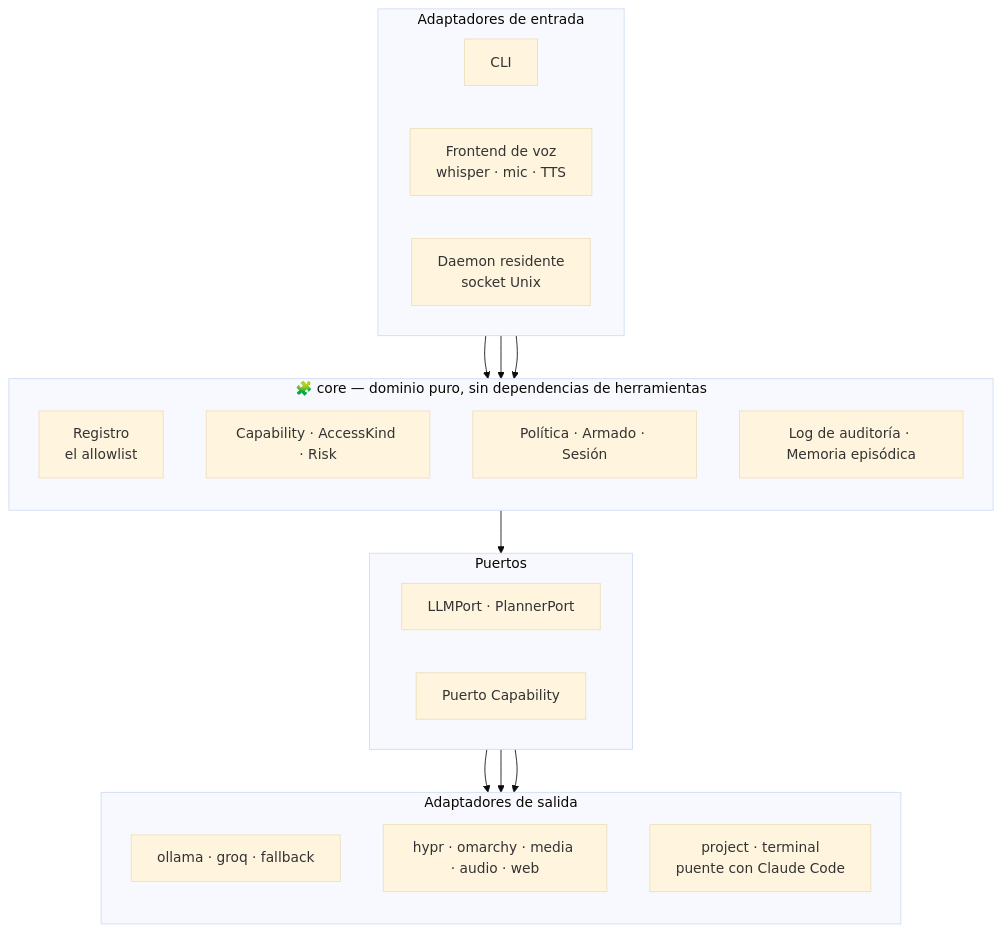
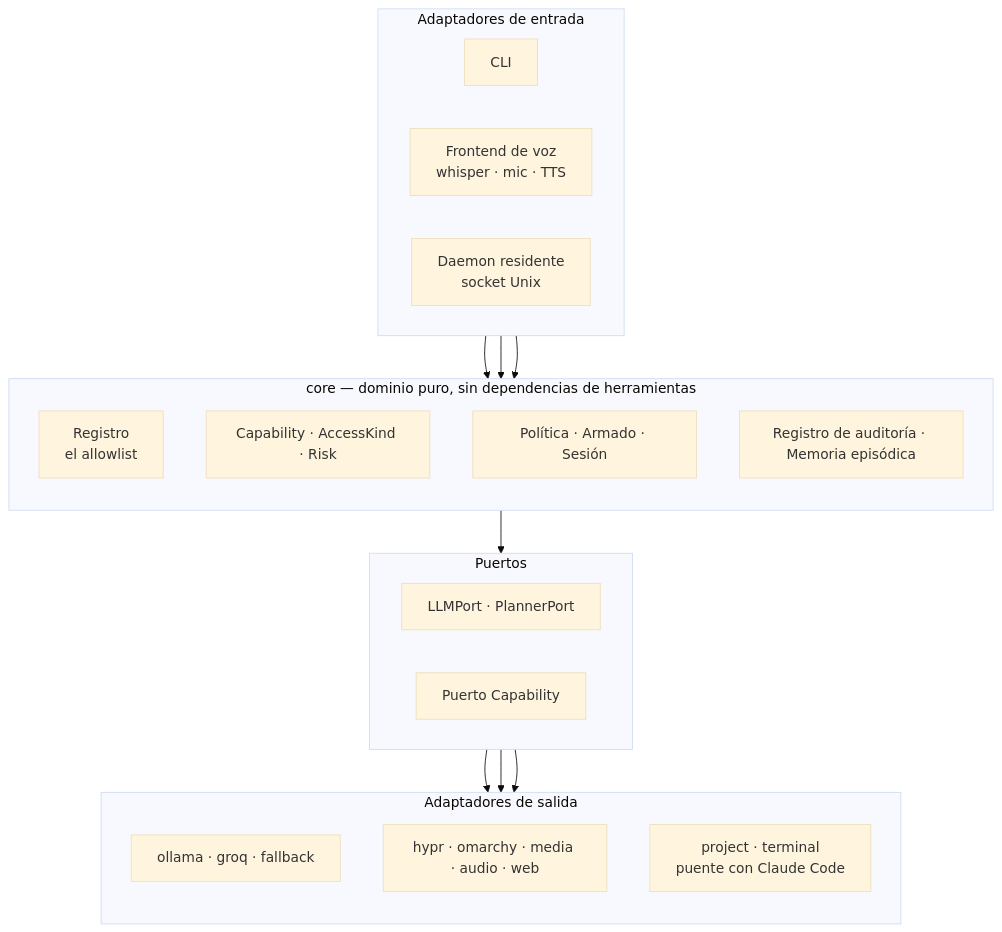
The second of 3 diagrams in README.es.md (xebastian153/hyprvalet), drawn with Mermaid (base theme) before and after one commit. The commit also changed other lines of this file and 1 other file, not shown here.

First line of the commit message:
docs(readme): neutral Spanish, and drop emojis from the diagrams

````diff
--- a/README.es.md
+++ b/README.es.md
@@ -83,38 +83,38 @@
 ```mermaid
 flowchart TB
     subgraph ADAPT_IN["Adaptadores de entrada"]
         direction LR
         CLI["CLI"]
         VOICE["Frontend de voz<br/>whisper · mic · TTS"]
         DAEMON["Daemon residente<br/>socket Unix"]
     end
 
-    subgraph CORE["🧩 core — dominio puro, sin dependencias de herramientas"]
+    subgraph CORE["core — dominio puro, sin dependencias de herramientas"]
         direction TB
         REG["Registro<br/>el allowlist"]
         CAP["Capability · AccessKind · Risk"]
         POL["Política · Armado · Sesión"]
-        AUD["Log de auditoría · Memoria episódica"]
+        AUD["Registro de auditoría · Memoria episódica"]
     end
 
     subgraph PORTS["Puertos"]
         direction LR
         LP["LLMPort · PlannerPort"]
         CP["Puerto Capability"]
     end
 
     subgraph ADAPT_OUT["Adaptadores de salida"]
         direction TB
         REASON["ollama · groq · fallback"]
         DESKTOP["hypr · omarchy · media · audio · web"]
         BRIDGE["project · terminal<br/>puente con Claude Code"]
     end
 
     CLI --> CORE
     VOICE --> CORE
     DAEMON --> CORE
     CORE --> PORTS
     LP --> REASON
     CP --> DESKTOP
     CP --> BRIDGE
 ```
````
